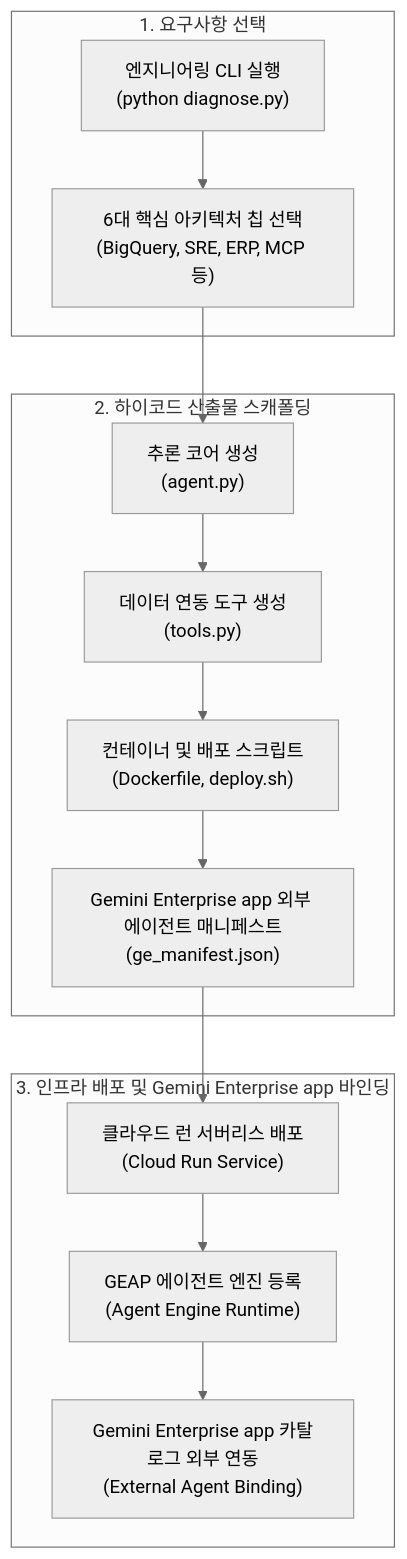
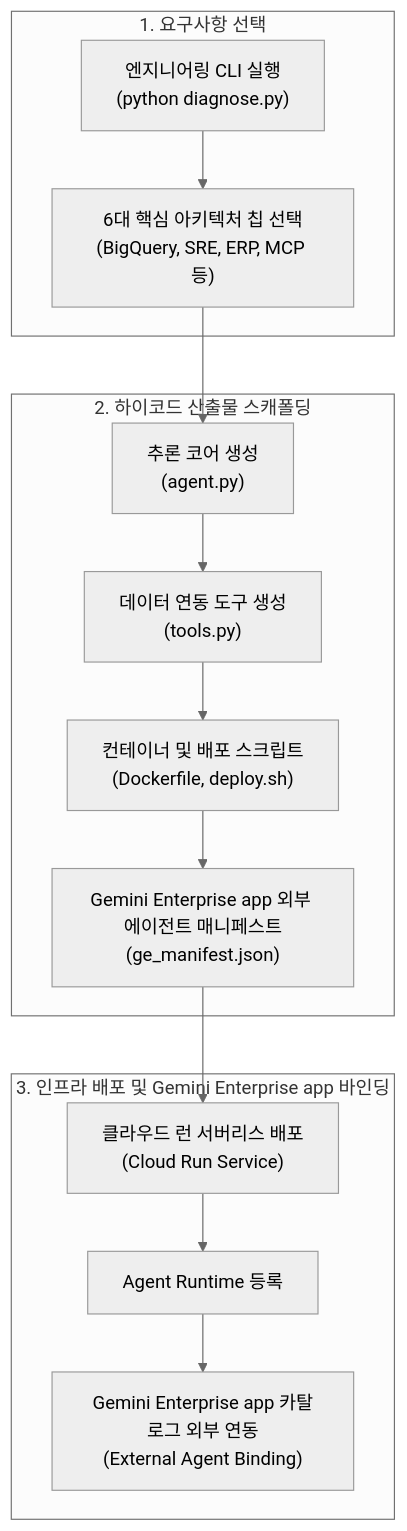
One commit to jiangjun-forge/google-cloud-0-to-1 changed the diagram in samples/gemini-enterprise-copilot-custom/README.md. Above: the diagram before and after it, drawn with Mermaid (neutral theme). The commit also changed other lines of this file and 12 other files, not shown here.

````diff
--- a/samples/gemini-enterprise-copilot-custom/README.md
+++ b/samples/gemini-enterprise-copilot-custom/README.md
@@ -42,23 +42,23 @@
 ```mermaid
 flowchart TD
     subgraph Input ["1. 요구사항 선택"]
         I1["엔지니어링 CLI 실행<br/>(python diagnose.py)"]
         I2["6대 핵심 아키텍처 칩 선택<br/>(BigQuery, SRE, ERP, MCP 등)"]
         I1 --> I2
     end
 
     subgraph Scaffolding ["2. 하이코드 산출물 스캐폴딩"]
         S1["추론 코어 생성<br/>(agent.py)"]
         S2["데이터 연동 도구 생성<br/>(tools.py)"]
         S3["컨테이너 및 배포 스크립트<br/>(Dockerfile, deploy.sh)"]
         S4["Gemini Enterprise app 외부 에이전트 매니페스트<br/>(ge_manifest.json)"]
         I2 --> S1 --> S2 --> S3 --> S4
     end
 
     subgraph Deployment ["3. 인프라 배포 및 Gemini Enterprise app 바인딩"]
         D1["클라우드 런 서버리스 배포<br/>(Cloud Run Service)"]
-        D2["GEAP 에이전트 엔진 등록<br/>(Agent Engine Runtime)"]
+        D2["Agent Runtime 등록"]
         D3["Gemini Enterprise app 카탈로그 외부 연동<br/>(External Agent Binding)"]
         S4 --> D1 --> D2 --> D3
     end
 ```
````
